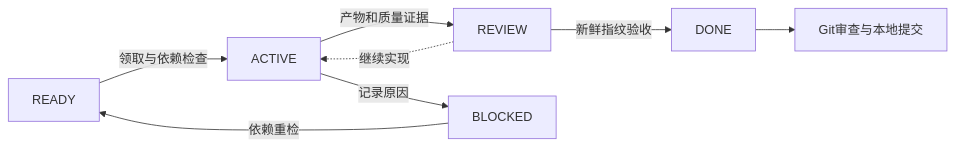
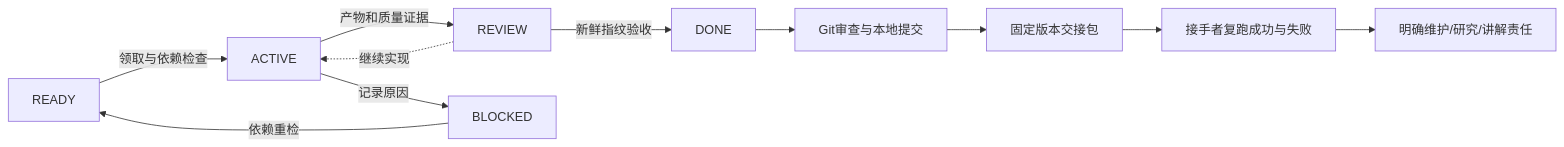
The diagram in docs/architecture/workflow.mmd (2725238326/rocketperf-course-research), drawn with Mermaid before and after one commit. The commit also changed 41 other files, not shown here.

```diff
--- a/docs/architecture/workflow.mmd
+++ b/docs/architecture/workflow.mmd
@@ -1,8 +1,11 @@
 flowchart LR
   R[READY] -->|领取与依赖检查| A[ACTIVE]
   A -->|产物和质量证据| V[REVIEW]
   V -->|新鲜指纹验收| D[DONE]
   V -. 继续实现 .-> A
   A -->|记录原因| B[BLOCKED]
   B -->|依赖重检| R
   D --> G[Git审查与本地提交]
+  G --> P[固定版本交接包]
+  P --> T[接手者复跑成功与失败]
+  T --> O[明确维护/研究/讲解责任]
```
